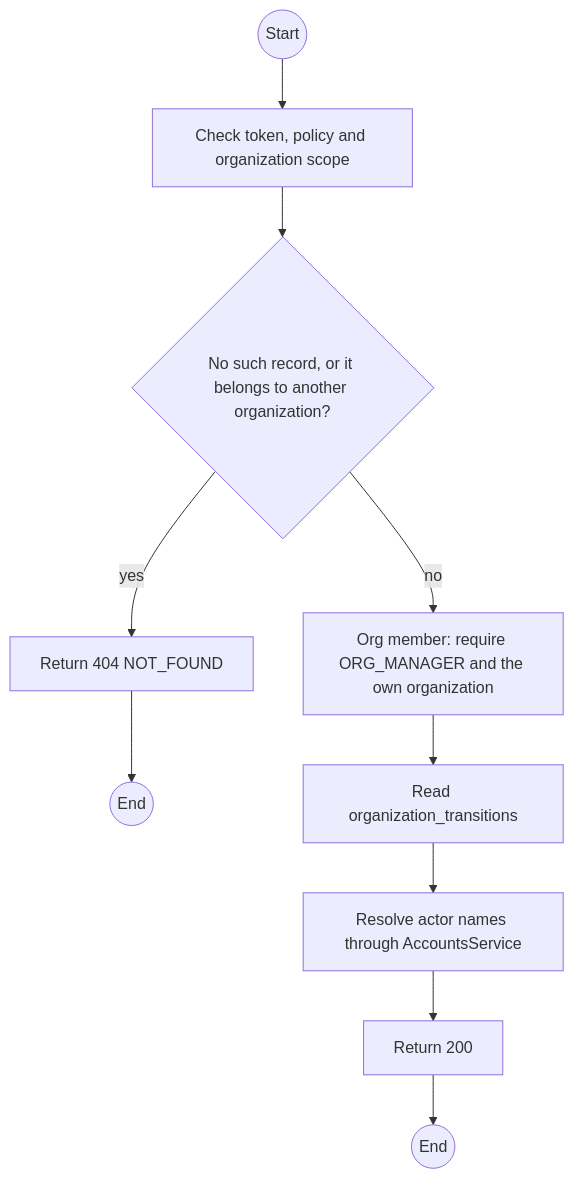
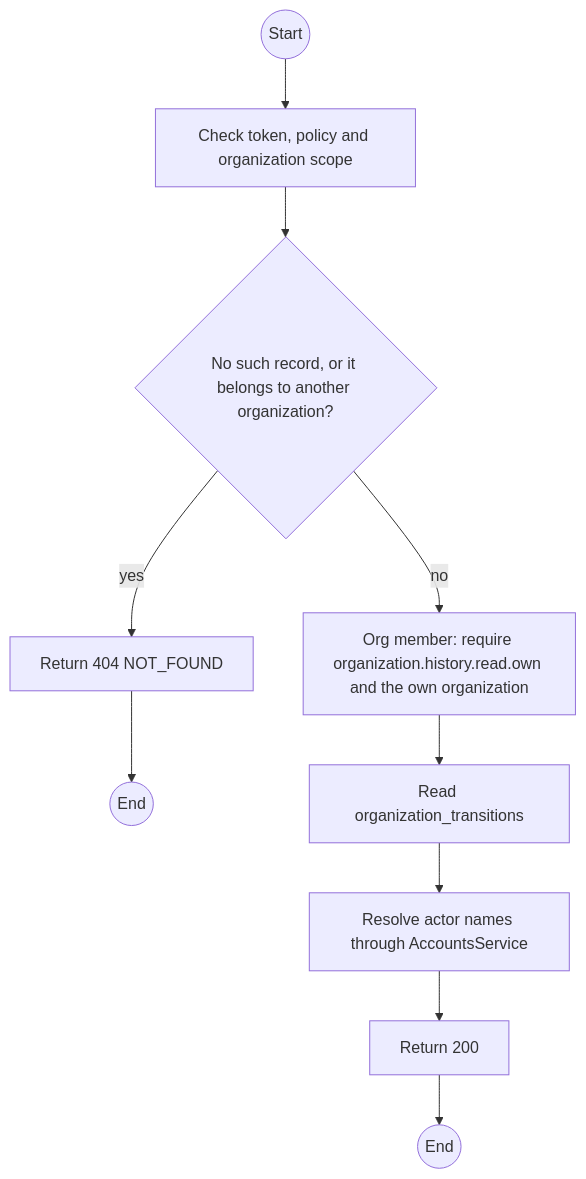
One commit to TrekLink-Team/treklink-web changed the first of 2 diagrams in specs/organizations/api-design/11-get-organizations-id-transitions.md. Above: the diagram before and after it, drawn with Mermaid. The commit also changed other lines of this file and 2 other files, not shown here.

First line of the commit message:
docs: word the transitions history refusal and api-design 11 by the new permission

````diff
--- a/specs/organizations/api-design/11-get-organizations-id-transitions.md
+++ b/specs/organizations/api-design/11-get-organizations-id-transitions.md
@@ -144,20 +144,20 @@
 ```mermaid
 flowchart TB
     S((Start))
     A0["Check token, policy and organization scope"]
     S --> A0
     D1{"No such record, or it belongs to another organization?"}
     A0 --> D1
     E1["Return 404 NOT_FOUND"]
     D1 -->|yes| E1
     E1 --> X1((End))
-    P0["Org member: require ORG_MANAGER and the own organization"]
+    P0["Org member: require organization.history.read.own and the own organization"]
     D1 -->|no| P0
     P1["Read organization_transitions"]
     P0 --> P1
     P2["Resolve actor names through AccountsService"]
     P1 --> P2
     OK["Return 200"]
     P2 --> OK
     OK --> Z((End))
 ```
````
